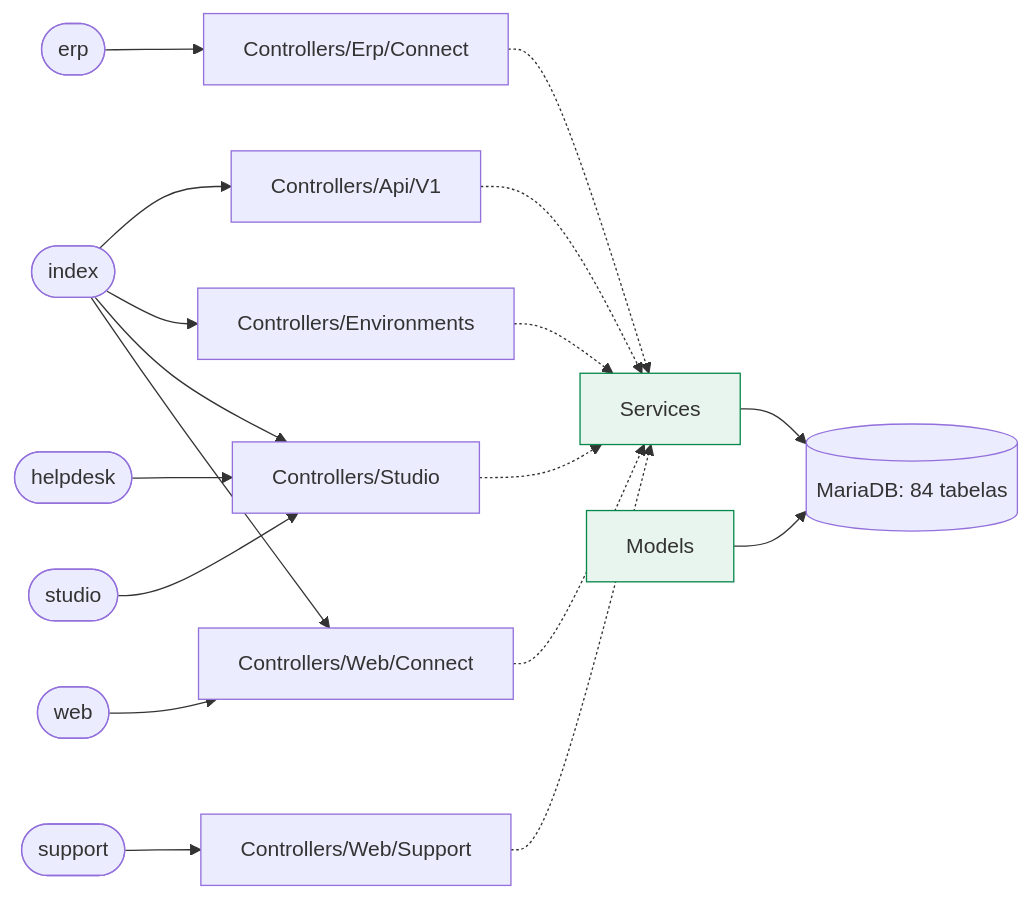
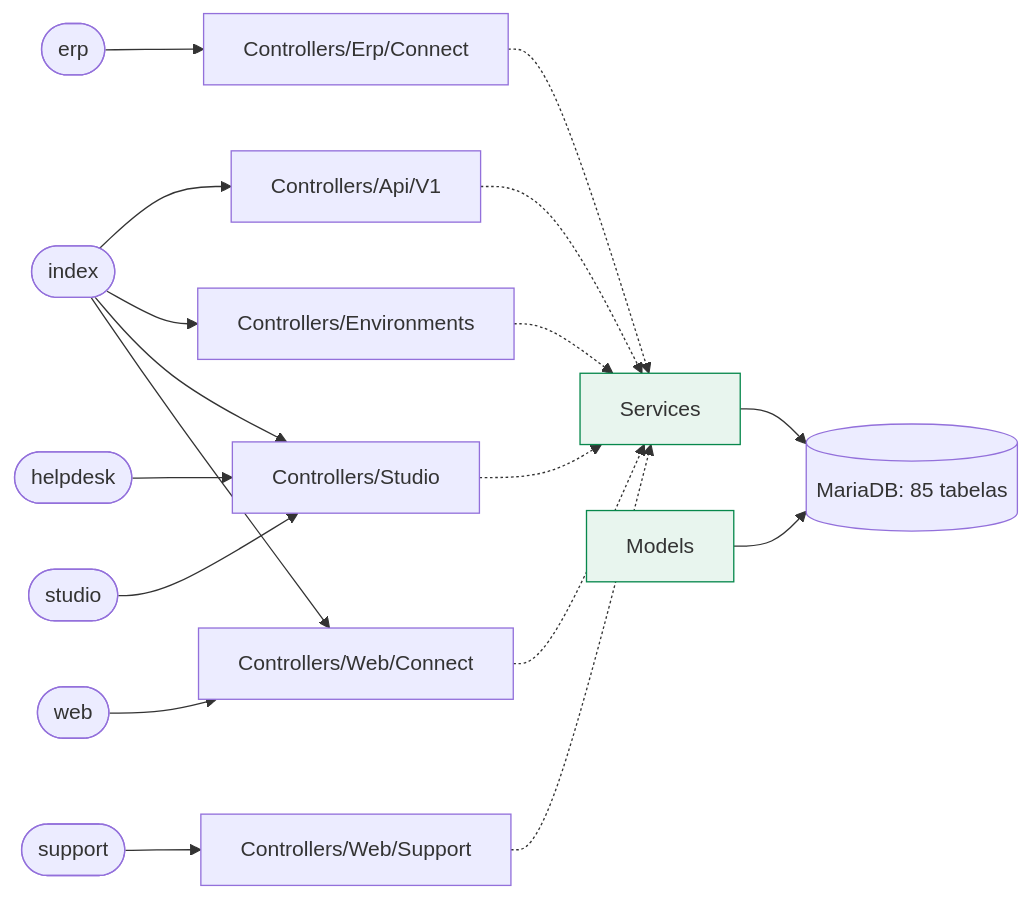
Before and after one commit to djalmamartins/connect-erp: the first of 2 diagrams in docs/map/README.md, drawn with Mermaid. The commit also changed other lines of this file and 1 other file, not shown here.

````diff
--- a/docs/map/README.md
+++ b/docs/map/README.md
@@ -13,30 +13,30 @@
 ```mermaid
 flowchart LR
   env_erp(["erp"])
   env_erp --> pkg_Controllers_Erp_Connect["Controllers/Erp/Connect"]
   env_helpdesk(["helpdesk"])
   env_helpdesk --> pkg_Controllers_Studio["Controllers/Studio"]
   env_index(["index"])
   env_index --> pkg_Controllers_Api_V1["Controllers/Api/V1"]
   env_index --> pkg_Controllers_Environments["Controllers/Environments"]
   env_index --> pkg_Controllers_Studio["Controllers/Studio"]
   env_index --> pkg_Controllers_Web_Connect["Controllers/Web/Connect"]
   env_studio(["studio"])
   env_studio --> pkg_Controllers_Studio["Controllers/Studio"]
   env_support(["support"])
   env_support --> pkg_Controllers_Web_Support["Controllers/Web/Support"]
   env_web(["web"])
   env_web --> pkg_Controllers_Web_Connect["Controllers/Web/Connect"]
   pkg_svc["Services"]:::svc
   pkg_mdl["Models"]:::svc
-  db[("MariaDB: 84 tabelas")]
+  db[("MariaDB: 85 tabelas")]
   pkg_Controllers_Api_V1 -.-> pkg_svc
   pkg_Controllers_Environments -.-> pkg_svc
   pkg_Controllers_Erp_Connect -.-> pkg_svc
   pkg_Controllers_Studio -.-> pkg_svc
   pkg_Controllers_Web_Connect -.-> pkg_svc
   pkg_Controllers_Web_Support -.-> pkg_svc
   pkg_svc --> db
   pkg_mdl --> db
   classDef svc fill:#e8f5ee,stroke:#07884c
 ```
````
